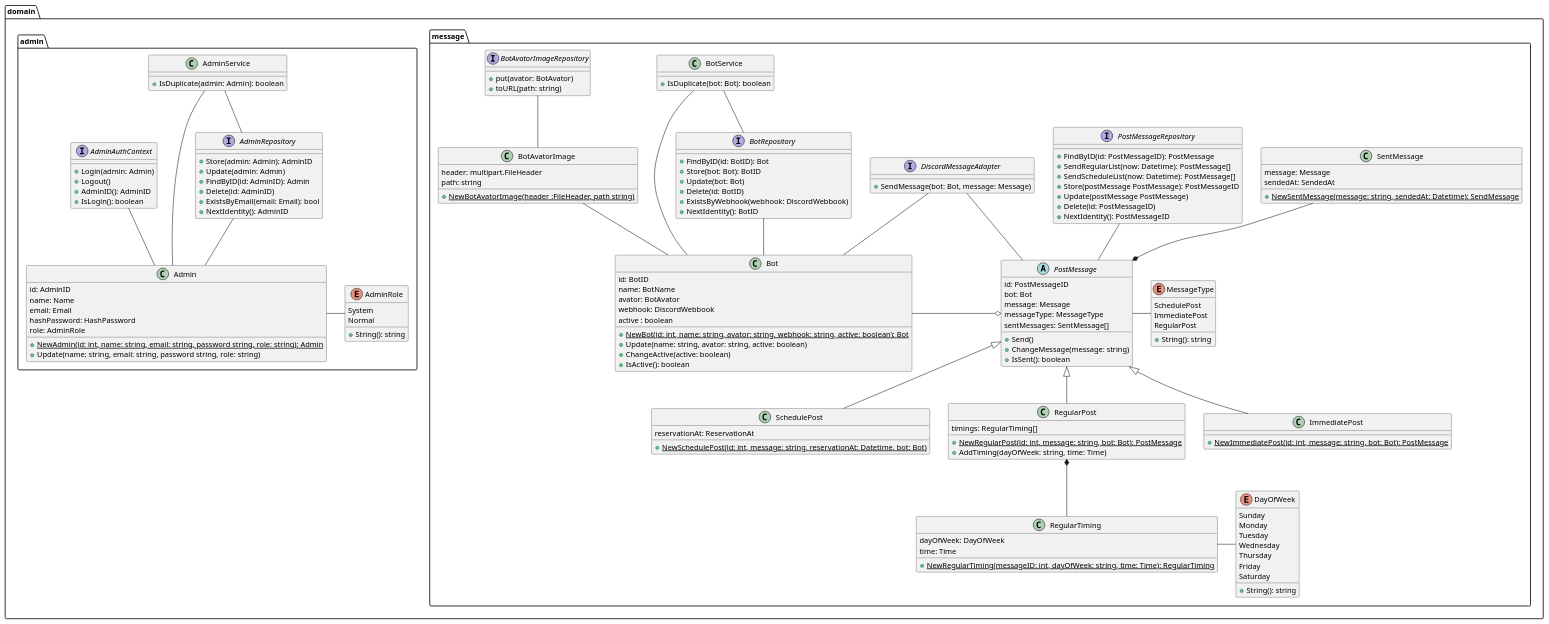
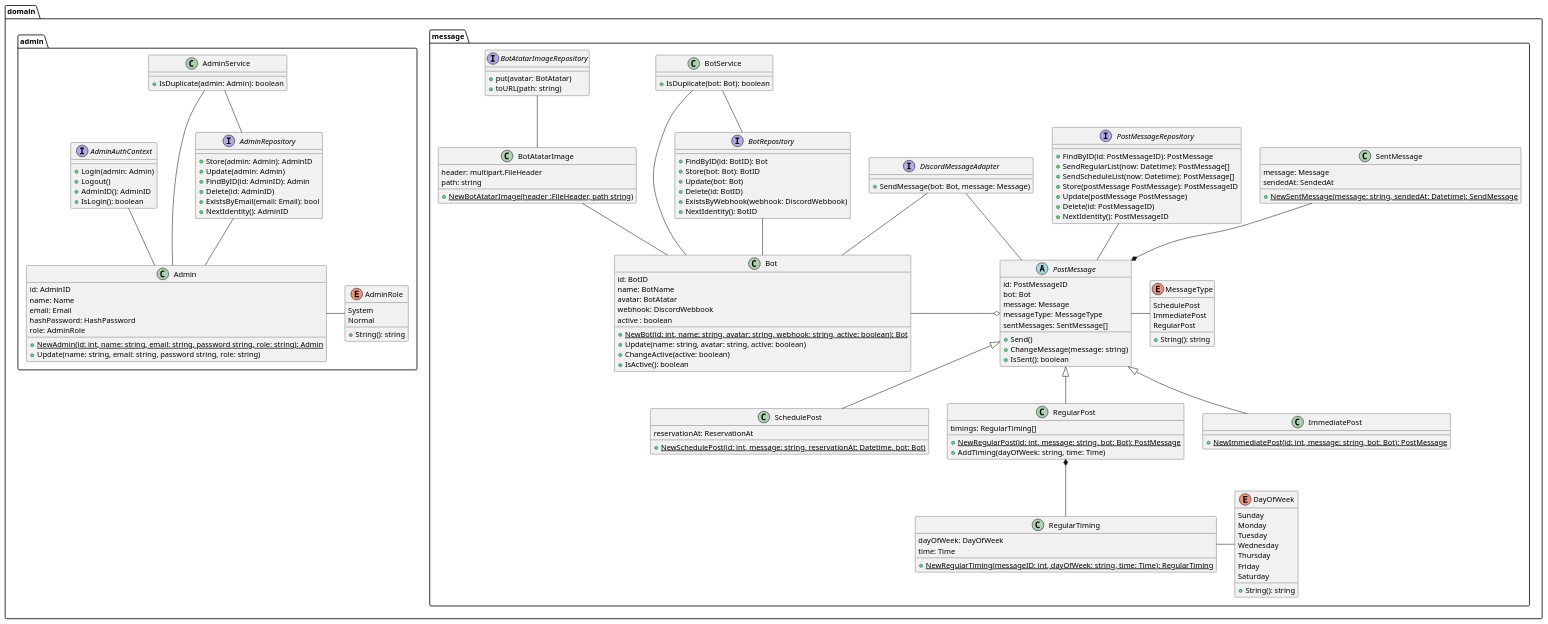
The diagram in document/design/class.puml (takemo101/dc-scheduler), drawn with PlantUML before and after one commit. The commit also changed 22 other files, not shown here.

```diff
--- a/document/design/class.puml
+++ b/document/design/class.puml
@@ -1,175 +1,175 @@
 @startuml class
 
 package domain {
     package message {
         class Bot {
             id: BotID
             name: BotName
-            avator: BotAvator
+            avatar: BotAtatar
             webhook: DiscordWebbook
             active : boolean
-            + {static} NewBot(id: int, name: string, avator: string, webhook: string, active: boolean): Bot
-            + Update(name: string, avator: string, active: boolean)
+            + {static} NewBot(id: int, name: string, avatar: string, webhook: string, active: boolean): Bot
+            + Update(name: string, avatar: string, active: boolean)
             + ChangeActive(active: boolean)
             + IsActive(): boolean
         }
 
-        class BotAvatorImage {
+        class BotAtatarImage {
             header: multipart.FileHeader
             path: string
-            + {static} NewBotAvatorImage(header :FileHeader, path string)
+            + {static} NewBotAtatarImage(header :FileHeader, path string)
         }
 
         abstract PostMessage {
             id: PostMessageID
             bot: Bot
             message: Message
             messageType: MessageType
             sentMessages: SentMessage[]
             + Send()
             + ChangeMessage(message: string)
             + IsSent(): boolean
         }
 
         enum MessageType {
             SchedulePost
             ImmediatePost
             RegularPost
             + String(): string
         }
 
         class SchedulePost {
             reservationAt: ReservationAt
             + {static} NewSchedulePost(id: int, message: string, reservationAt: Datetime, bot: Bot)
         }
 
         class RegularPost {
             timings: RegularTiming[]
             + {static} NewRegularPost(id: int, message: string, bot: Bot): PostMessage
             + AddTiming(dayOfWeek: string, time: Time)
         }
 
         class ImmediatePost {
             + {static} NewImmediatePost(id: int, message: string, bot: Bot): PostMessage
         }
 
         class RegularTiming {
             dayOfWeek: DayOfWeek
             time: Time
             + {static} NewRegularTiming(messageID: int, dayOfWeek: string, time: Time): RegularTiming
         }
 
         enum DayOfWeek {
             Sunday
             Monday
             Tuesday
             Wednesday
             Thursday
             Friday
             Saturday
             + String(): string
         }
 
         class SentMessage {
             message: Message
             sendedAt: SendedAt
             + {static} NewSentMessage(message: string, sendedAt: Datetime): SendMessage
         }
 
         class BotService {
             + IsDuplicate(bot: Bot): boolean
         }
 
         interface BotRepository {
             + FindByID(id: BotID): Bot
             + Store(bot: Bot): BotID
             + Update(bot: Bot)
             + Delete(id: BotID)
             + ExistsByWebhook(webhook: DiscordWebbook)
             + NextIdentity(): BotID
         }
 
-        interface BotAvatorImageRepository {
-            + put(avator: BotAvator)
+        interface BotAtatarImageRepository {
+            + put(avatar: BotAtatar)
             + toURL(path: string)
         }
 
         interface PostMessageRepository {
             + FindByID(id: PostMessageID): PostMessage
             + SendRegularList(now: Datetime): PostMessage[]
             + SendScheduleList(now: Datetime): PostMessage[]
             + Store(postMessage PostMessage): PostMessageID
             + Update(postMessage PostMessage)
             + Delete(id: PostMessageID)
             + NextIdentity(): PostMessageID
         }
 
         interface DiscordMessageAdapter {
             + SendMessage(bot: Bot, message: Message)
         }
     }
 
     package admin {
         class Admin {
             id: AdminID
             name: Name
             email: Email
             hashPassword: HashPassword
             role: AdminRole
             + {static} NewAdmin(id: int, name: string, email: string, password string, role: string): Admin
             + Update(name: string, email: string, password string, role: string)
         }
 
         enum AdminRole {
             System
             Normal
             + String(): string
         }
 
         class AdminService {
             + IsDuplicate(admin: Admin): boolean
         }
 
         interface AdminRepository {
             + Store(admin: Admin): AdminID
             + Update(admin: Admin)
             + FindByID(id: AdminID): Admin
             + Delete(id: AdminID)
             + ExistsByEmail(email: Email): bool
             + NextIdentity(): AdminID
         }
 
         interface AdminAuthContext {
             + Login(admin: Admin)
             + Logout()
             + AdminID(): AdminID
             + IsLogin(): boolean
         }
     }
 }
 
 Bot -o PostMessage
 PostMessage - MessageType
 SentMessage --* PostMessage
 PostMessage <|-- ImmediatePost
 PostMessage <|-- SchedulePost
 PostMessage <|-- RegularPost
 RegularPost *-- RegularTiming
 RegularTiming - DayOfWeek
 Admin - AdminRole
 
 BotRepository -- Bot
-BotAvatorImageRepository -- BotAvatorImage
-BotAvatorImage -- Bot
+BotAtatarImageRepository -- BotAtatarImage
+BotAtatarImage -- Bot
 BotService -- BotRepository
 BotService -- Bot
 DiscordMessageAdapter -- Bot
 DiscordMessageAdapter -- PostMessage
 PostMessageRepository -- PostMessage
 AdminRepository -- Admin
 AdminService -- AdminRepository
 AdminService -- Admin
 
 AdminAuthContext -- Admin
 
 @enduml
```
